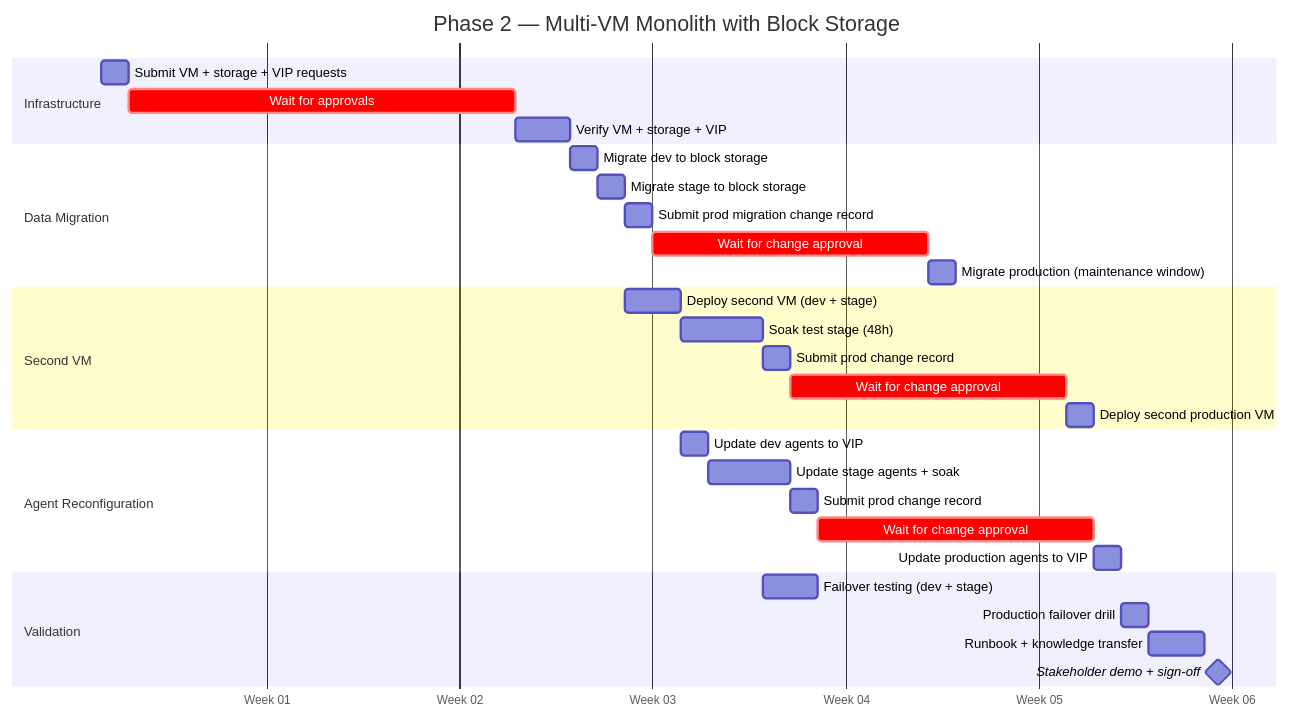
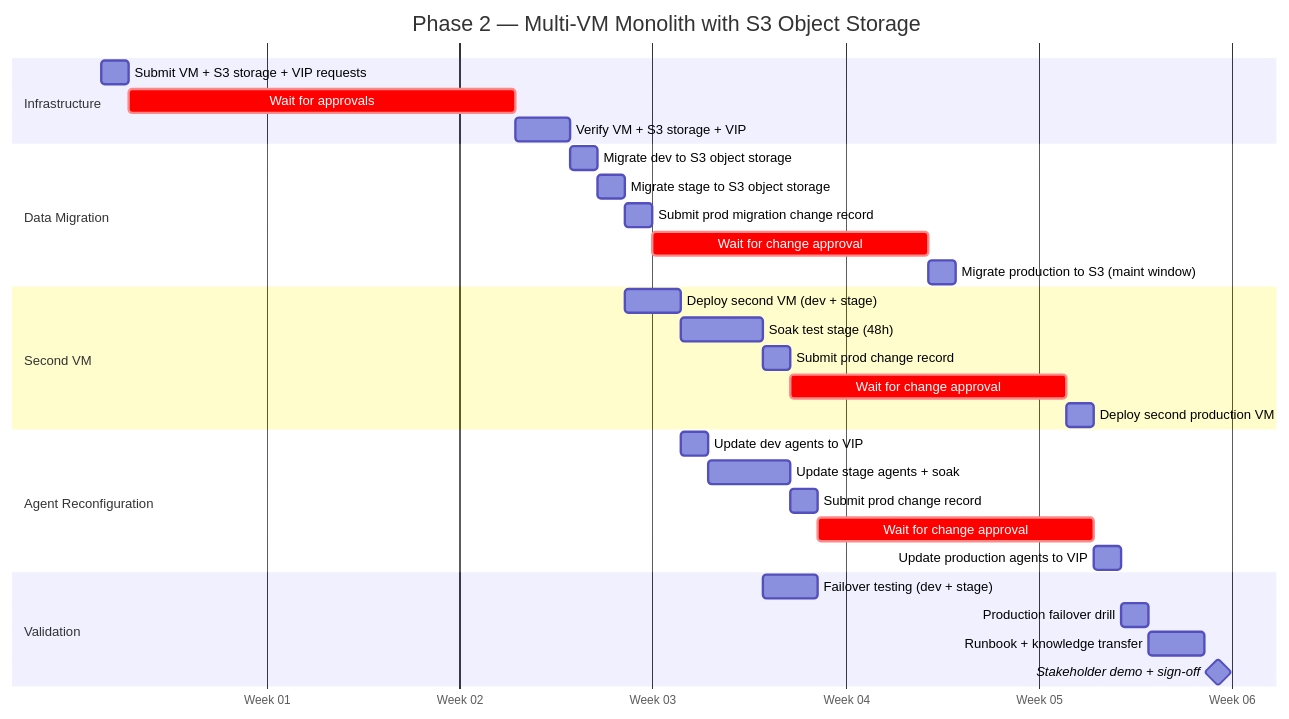
Before and after one commit to aff0gat000/pyroscope: the diagram in docs/project-plan-phase2.md, drawn with Mermaid. The commit also changed other lines of this file and 26 other files, not shown here.

First line of the commit message:
Replace block storage with S3-compatible object storage across all docs and configs

````diff
--- a/docs/project-plan-phase2.md
+++ b/docs/project-plan-phase2.md
@@ -204,38 +204,38 @@
 ```mermaid
 gantt
-    title Phase 2 — Multi-VM Monolith with Block Storage
+    title Phase 2 — Multi-VM Monolith with S3 Object Storage
     dateFormat  YYYY-MM-DD
     axisFormat  Week %W
 
     section Infrastructure
-    Submit VM + storage + VIP requests       :p1, 2025-01-06, 1d
+    Submit VM + S3 storage + VIP requests    :p1, 2025-01-06, 1d
     Wait for approvals                       :crit, wait1, after p1, 14d
-    Verify VM + storage + VIP                :v1, after wait1, 2d
+    Verify VM + S3 storage + VIP             :v1, after wait1, 2d
 
     section Data Migration
-    Migrate dev to block storage             :dm1, after v1, 1d
-    Migrate stage to block storage           :dm2, after dm1, 1d
+    Migrate dev to S3 object storage         :dm1, after v1, 1d
+    Migrate stage to S3 object storage       :dm2, after dm1, 1d
     Submit prod migration change record      :dm3, after dm2, 1d
     Wait for change approval                 :crit, wait2, after dm3, 10d
-    Migrate production (maintenance window)  :dm4, after wait2, 1d
+    Migrate production to S3 (maint window)  :dm4, after wait2, 1d
 
     section Second VM
     Deploy second VM (dev + stage)           :sv1, after dm2, 2d
     Soak test stage (48h)                    :sv2, after sv1, 3d
     Submit prod change record                :sv3, after sv2, 1d
     Wait for change approval                 :crit, wait3, after sv3, 10d
     Deploy second production VM              :sv4, after wait3, 1d
 
     section Agent Reconfiguration
     Update dev agents to VIP                 :ar1, after sv1, 1d
     Update stage agents + soak              :ar2, after ar1, 3d
     Submit prod change record                :ar3, after ar2, 1d
     Wait for change approval                 :crit, wait4, after ar3, 10d
     Update production agents to VIP          :ar4, after wait4, 1d
 
     section Validation
     Failover testing (dev + stage)           :ft1, after sv2, 2d
     Production failover drill                :ft2, after ar4, 1d
     Runbook + knowledge transfer             :ft3, after ft2, 2d
     Stakeholder demo + sign-off              :milestone, ft4, after ft3, 1d
 ```
````
